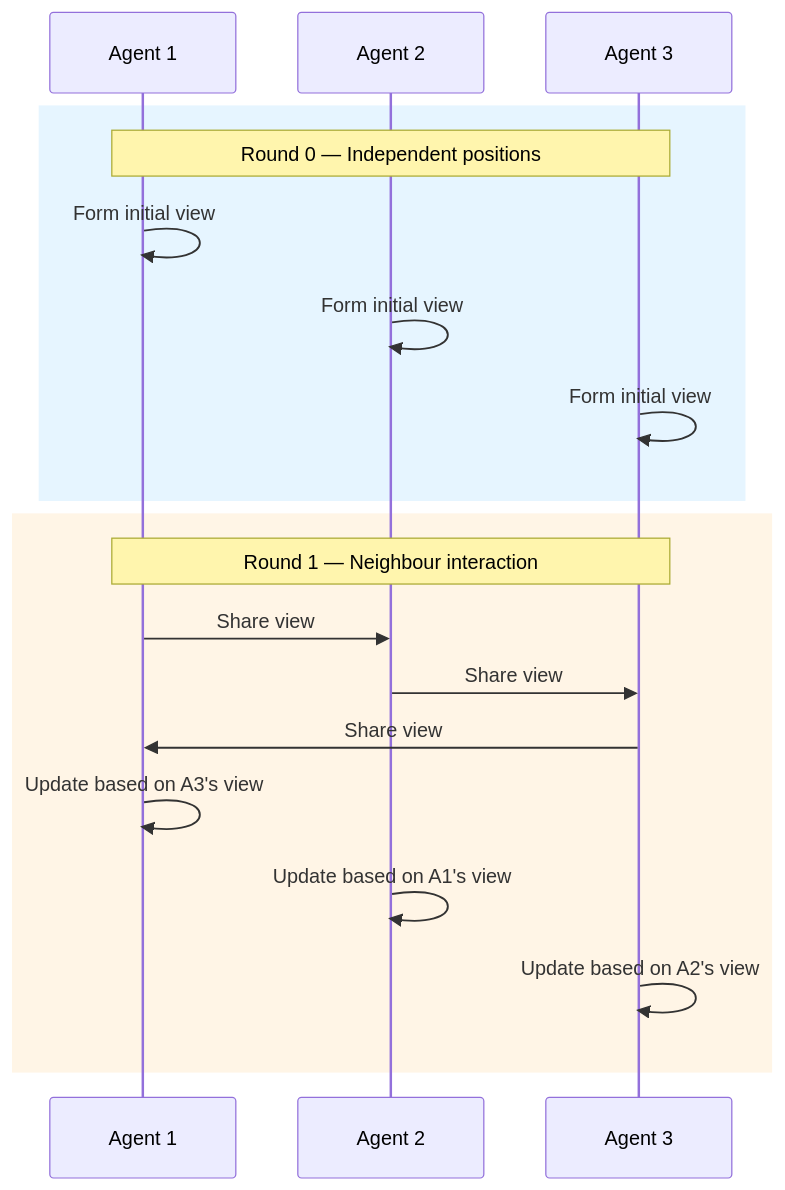
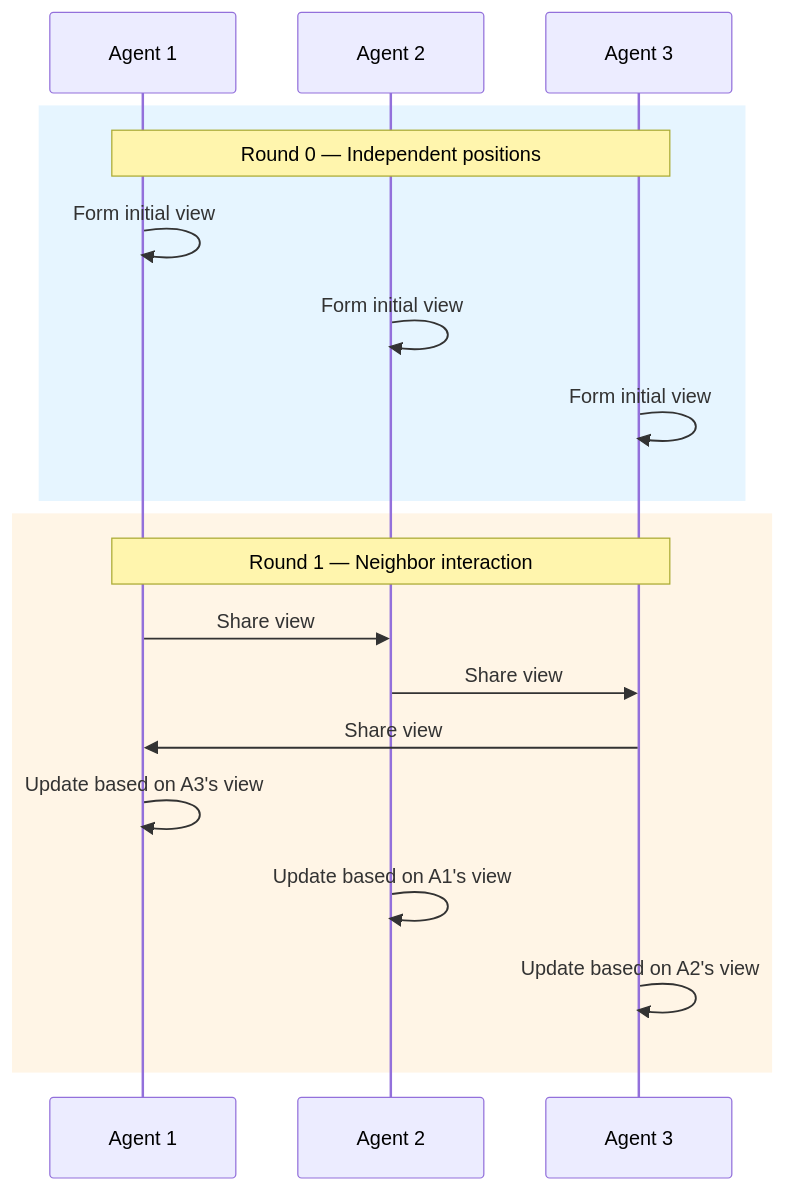
One commit to pyagent-core/pyagent changed the diagram in docs/packages/patterns/advanced/swarm.md. Above: the diagram before and after it, drawn with Mermaid. The commit also changed other lines of this file and 135 other files, not shown here.

````diff
--- a/docs/packages/patterns/advanced/swarm.md
+++ b/docs/packages/patterns/advanced/swarm.md
@@ -12,23 +16,23 @@
 ```mermaid
 sequenceDiagram
     participant A1 as Agent 1
     participant A2 as Agent 2
     participant A3 as Agent 3
 
     rect rgb(230, 245, 255)
         Note over A1,A3: Round 0 — Independent positions
         A1->>A1: Form initial view
         A2->>A2: Form initial view
         A3->>A3: Form initial view
     end
 
     rect rgb(255, 245, 230)
-        Note over A1,A3: Round 1 — Neighbour interaction
+        Note over A1,A3: Round 1 — Neighbor interaction
         A1->>A2: Share view
         A2->>A3: Share view
         A3->>A1: Share view
         A1->>A1: Update based on A3's view
         A2->>A2: Update based on A1's view
         A3->>A3: Update based on A2's view
     end
 ```
````
